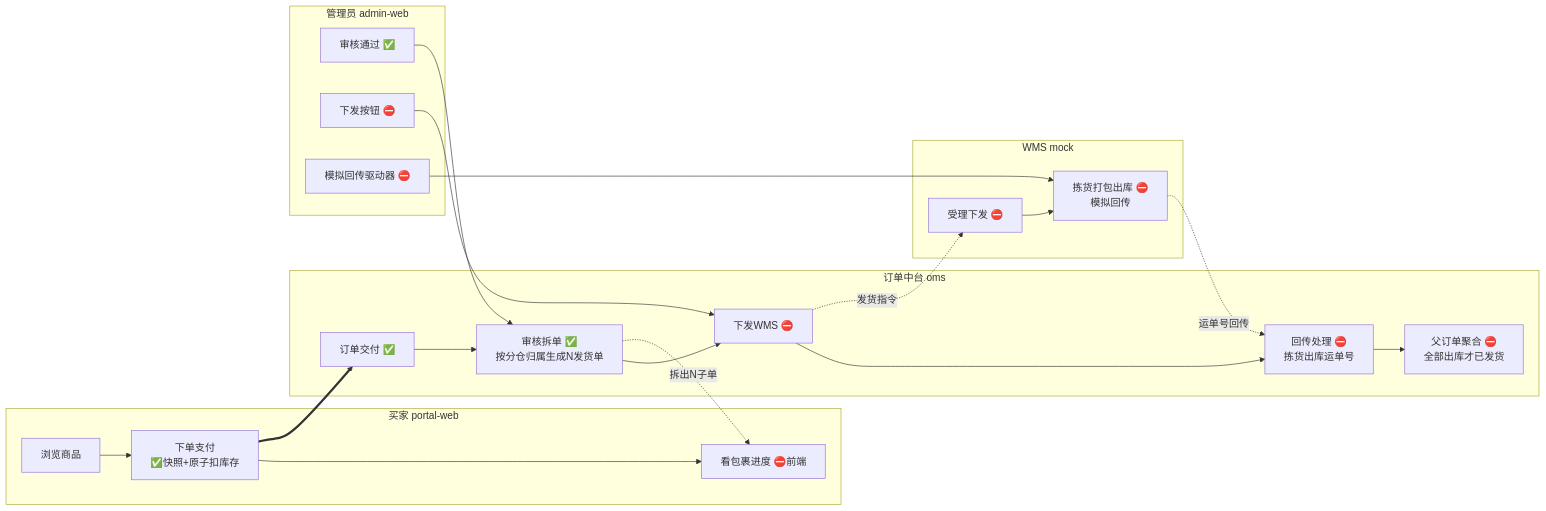
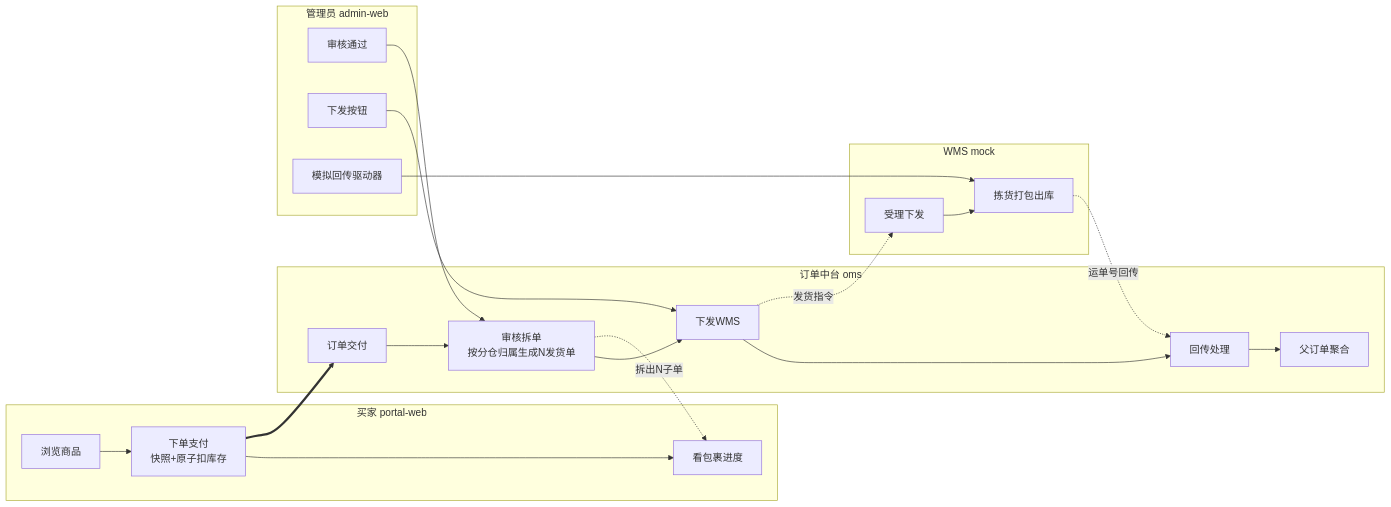
The diagram in docs/flows/02-业务场景/1-全流程总图.mmd (zzy-repo/qiqi-mall), drawn with Mermaid before and after one commit. The commit also changed 40 other files, not shown here.

Commit message:
docs: 图集按系统当前状态整理——删除全部md与快照性图(问题图/修复方案/改造前),清除实现状态标注,ER重编为1~4,flows六目录定稿

```diff
--- a/docs/flows/02-业务场景/1-全流程总图.mmd
+++ b/docs/flows/02-业务场景/1-全流程总图.mmd
@@ -1,19 +1,19 @@
 flowchart LR
     subgraph C[买家 portal-web]
-        C1[浏览商品] --> C2[下单支付<br/>✅快照+原子扣库存] --> C3[看包裹进度 ⛔前端]
+        C1[浏览商品] --> C2[下单支付<br/>快照+原子扣库存] --> C3[看包裹进度]
     end
     subgraph OMS[订单中台 oms]
-        O1[订单交付 ✅] --> O2[审核拆单 ✅<br/>按分仓归属生成N发货单] --> O3[下发WMS ⛔] --> O4[回传处理 ⛔<br/>拣货出库运单号] --> O5[父订单聚合 ⛔<br/>全部出库才已发货]
+        O1[订单交付] --> O2[审核拆单<br/>按分仓归属生成N发货单] --> O3[下发WMS] --> O4[回传处理] --> O5[父订单聚合]
     end
     subgraph W[WMS mock]
-        W1[受理下发 ⛔] --> W2[拣货打包出库 ⛔<br/>模拟回传]
+        W1[受理下发] --> W2[拣货打包出库]
     end
     subgraph ADM[管理员 admin-web]
-        A1[审核通过 ✅] --> O2
-        A2[下发按钮 ⛔] --> O3
-        A3[模拟回传驱动器 ⛔] --> W2
+        A1[审核通过] --> O2
+        A2[下发按钮] --> O3
+        A3[模拟回传驱动器] --> W2
     end
     C2 ==> O1
     O2 -.拆出N子单.-> C3
     O3 -.发货指令.-> W1
     W2 -.运单号回传.-> O4
```
